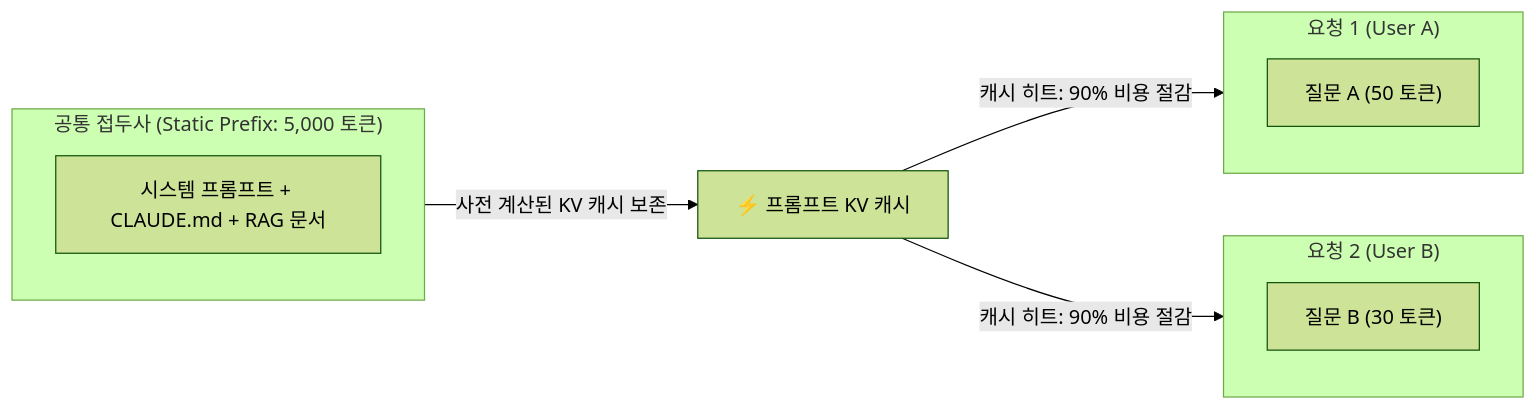
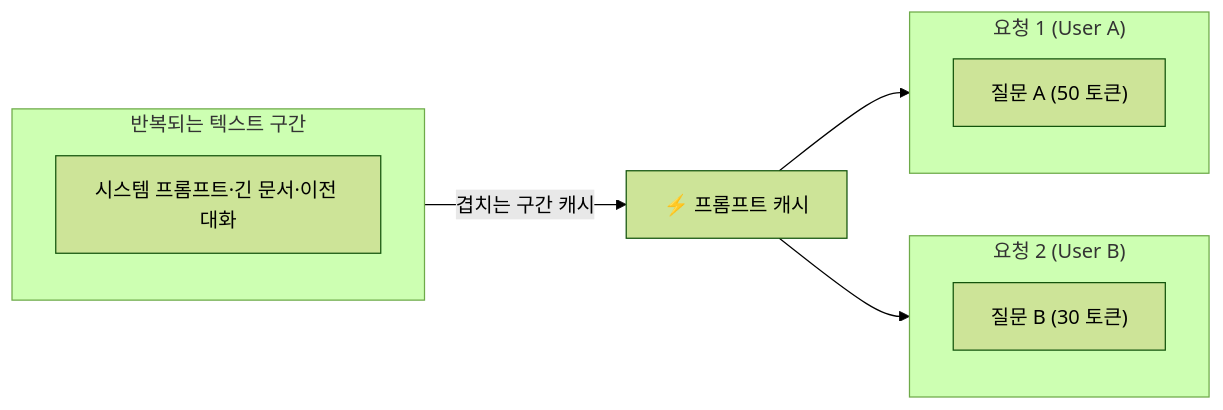
The second of 3 diagrams in chapter-qa/ch09-inference-optimization-qa/03-speculative-decoding-caching-and-parallelism.md (sing-u8/AI-Engineering), drawn with Mermaid (forest theme) before and after one commit. The commit also changed other lines of this file and 3 other files, not shown here.

````diff
--- a/chapter-qa/ch09-inference-optimization-qa/03-speculative-decoding-caching-and-parallelism.md
+++ b/chapter-qa/ch09-inference-optimization-qa/03-speculative-decoding-caching-and-parallelism.md
@@ -85,17 +80,17 @@
 ```mermaid
 flowchart LR
-    subgraph Common["공통 접두사 (Static Prefix: 5,000 토큰)"]
-        Sys["시스템 프롬프트 + CLAUDE.md + RAG 문서"]
+    subgraph Common["반복되는 텍스트 구간"]
+        Sys["시스템 프롬프트·긴 문서·이전 대화"]
     end
 
     subgraph Req1["요청 1 (User A)"]
         Q1["질문 A (50 토큰)"]
     end
     subgraph Req2["요청 2 (User B)"]
         Q2["질문 B (30 토큰)"]
     end
 
-    Common -->|사전 계산된 KV 캐시 보존| PCache["⚡ 프롬프트 KV 캐시"]
-    PCache -->|캐시 히트: 90% 비용 절감| Req1
-    PCache -->|캐시 히트: 90% 비용 절감| Req2
+    Common -->|겹치는 구간 캐시| PCache["⚡ 프롬프트 캐시"]
+    PCache --> Req1
+    PCache --> Req2
 ```
````
